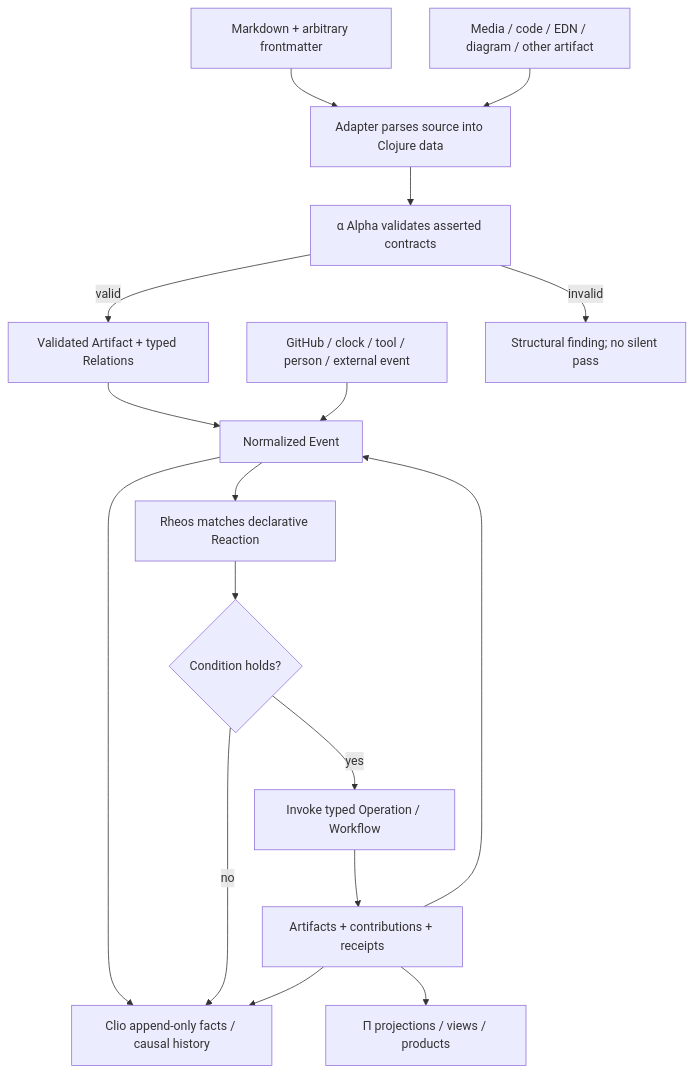
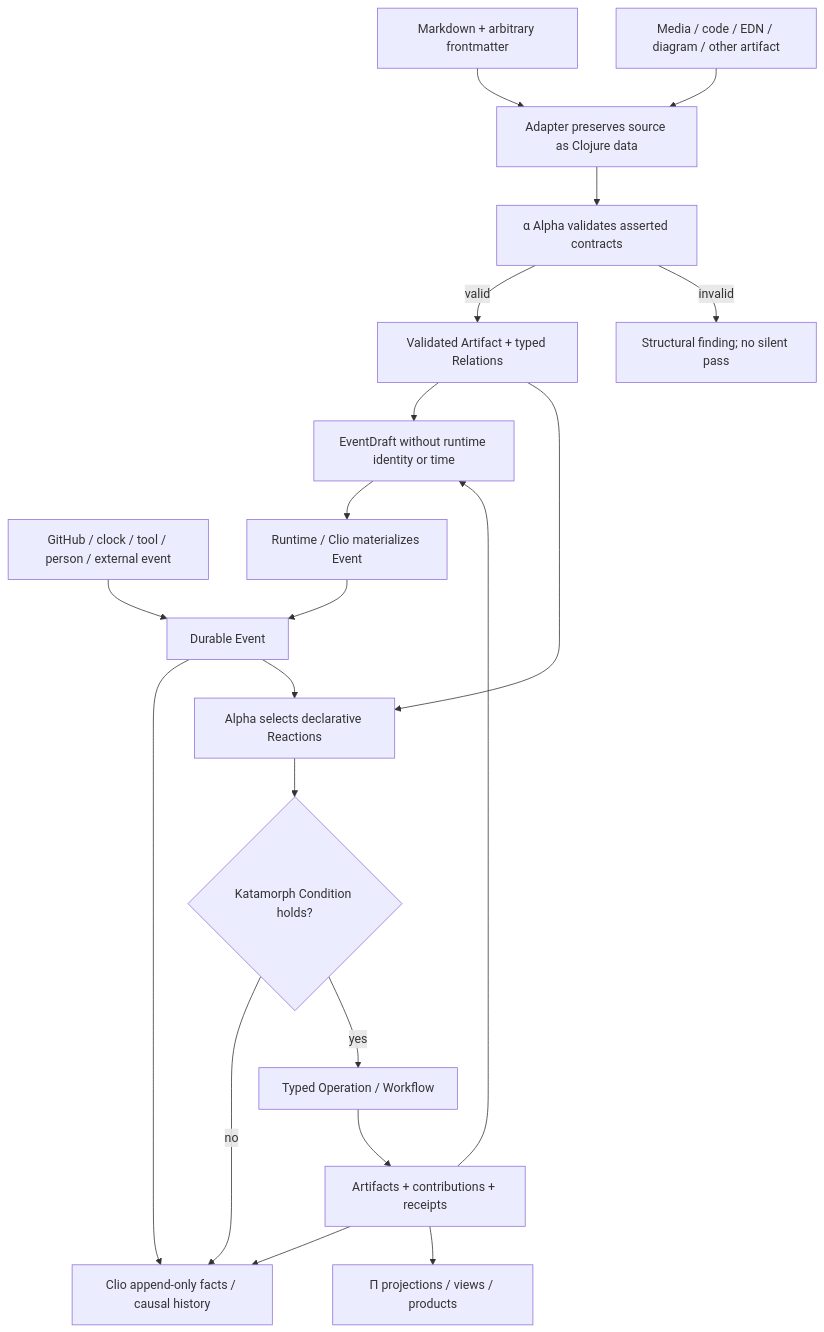
Before and after one commit to open-hax/foresight: the diagram in docs/architecture/workflows/artifact-reactive-flow.mmd, drawn with Mermaid.

Commit message:
docs(alpha): align reactive flow with current laws

```diff
--- a/docs/architecture/workflows/artifact-reactive-flow.mmd
+++ b/docs/architecture/workflows/artifact-reactive-flow.mmd
@@ -1,33 +1,37 @@
 flowchart TD
   Markdown["Markdown + arbitrary frontmatter"]
   OtherArtifact["Media / code / EDN / diagram / other artifact"]
   External["GitHub / clock / tool / person / external event"]
 
-  Adapter["Adapter parses source into Clojure data"]
+  Adapter["Adapter preserves source as Clojure data"]
   Alpha["α Alpha validates asserted contracts"]
   Artifact["Validated Artifact + typed Relations"]
-  Event["Normalized Event"]
+  Draft["EventDraft without runtime identity or time"]
+  Materialize["Runtime / Clio materializes Event"]
+  Event["Durable Event"]
   Clio["Clio append-only facts / causal history"]
-  Match["Rheos matches declarative Reaction"]
-  Condition{"Condition holds?"}
-  Invoke["Invoke typed Operation / Workflow"]
+  Select["Alpha selects declarative Reactions"]
+  Condition{"Katamorph Condition holds?"}
+  Invoke["Typed Operation / Workflow"]
   Outcome["Artifacts + contributions + receipts"]
   Projection["Π projections / views / products"]
   Finding["Structural finding; no silent pass"]
 
   Markdown --> Adapter
   OtherArtifact --> Adapter
   Adapter --> Alpha
   Alpha -->|valid| Artifact
   Alpha -->|invalid| Finding
 
-  Artifact --> Event
+  Artifact --> Draft
+  Draft --> Materialize --> Event
   External --> Event
   Event --> Clio
-  Event --> Match --> Condition
+  Artifact --> Select
+  Event --> Select --> Condition
   Condition -->|no| Clio
   Condition -->|yes| Invoke
   Invoke --> Outcome
   Outcome --> Clio
   Outcome --> Projection
-  Outcome --> Event
+  Outcome --> Draft
```
